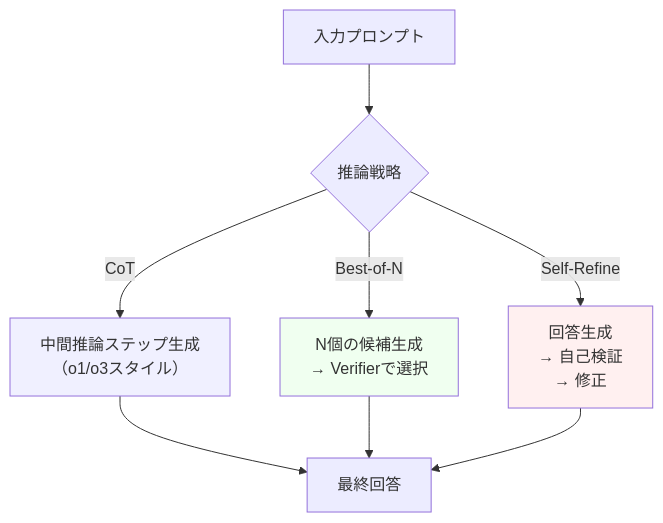
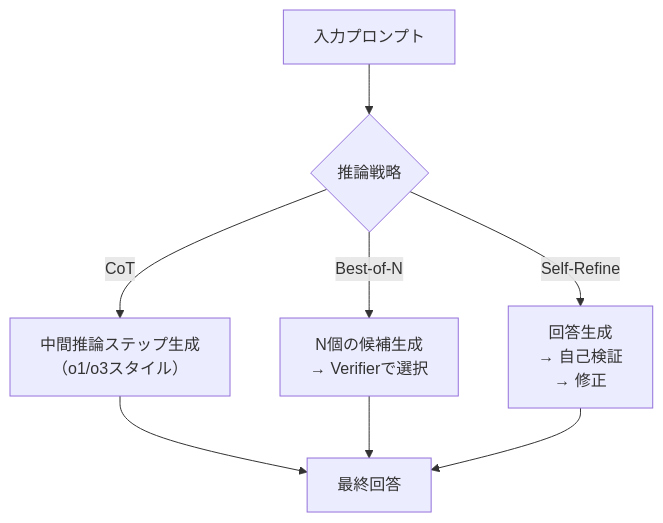
Before and after one commit to 0h-n0/zenn-contents: the second of 3 diagrams in articles/5713e817b39187.md, drawn with Mermaid. The commit also changed 13 other files, not shown here.

First line of the commit message:
fix: Mermaidダイアグラムのカスタムスタイル(fill/stroke/color)を削除

````diff
--- a/articles/5713e817b39187.md
+++ b/articles/5713e817b39187.md
@@ -306,14 +306,11 @@
 ```mermaid
 graph TD
     A[入力プロンプト] --> B{推論戦略}
     B -->|CoT| C["中間推論ステップ生成<br/>（o1/o3スタイル）"]
     B -->|Best-of-N| D["N個の候補生成<br/>→ Verifierで選択"]
     B -->|Self-Refine| E["回答生成<br/>→ 自己検証<br/>→ 修正"]
     C --> F[最終回答]
     D --> F
     E --> F
 
-    style C fill:#f0f0ff
-    style D fill:#f0fff0
-    style E fill:#fff0f0
 ```
````
